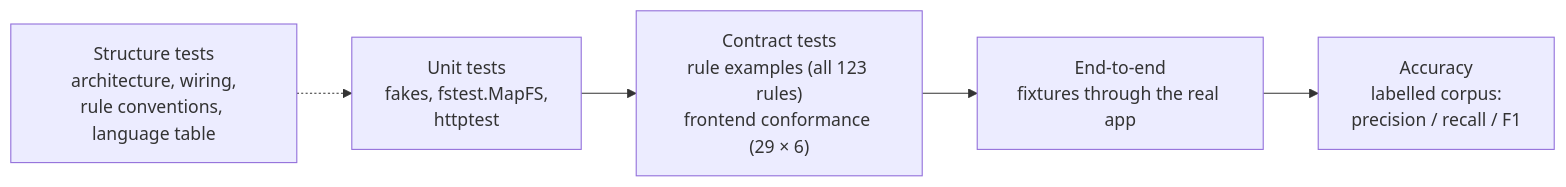
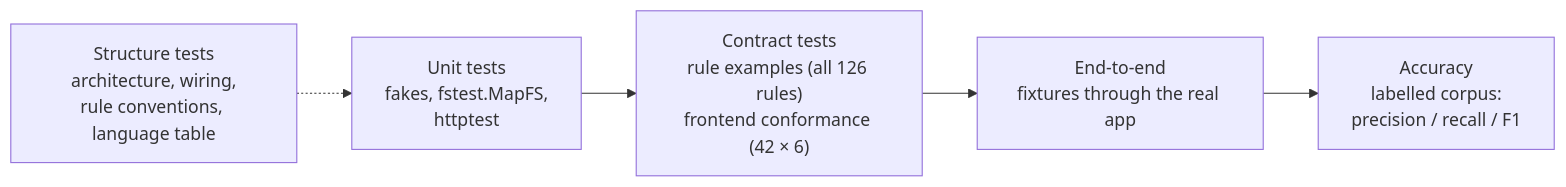
Before and after one commit to GoNetTools/datawarden: the fifth of 5 diagrams in docs/ARCHITECTURE.md, drawn with Mermaid. The commit also changed other lines of this file and 30 other files, not shown here.

````diff
--- a/docs/ARCHITECTURE.md
+++ b/docs/ARCHITECTURE.md
@@ -348,7 +348,7 @@
 ```mermaid
 flowchart LR
-    U["Unit tests<br/>fakes, fstest.MapFS,<br/>httptest"] --> C["Contract tests<br/>rule examples (all 123 rules)<br/>frontend conformance (29 × 6)"]
+    U["Unit tests<br/>fakes, fstest.MapFS,<br/>httptest"] --> C["Contract tests<br/>rule examples (all 126 rules)<br/>frontend conformance (42 × 6)"]
     C --> E["End-to-end<br/>fixtures through the real app"]
     E --> A["Accuracy<br/>labelled corpus:<br/>precision / recall / F1"]
     S["Structure tests<br/>architecture, wiring,<br/>rule conventions, language table"] -.-> U
 ```
````
